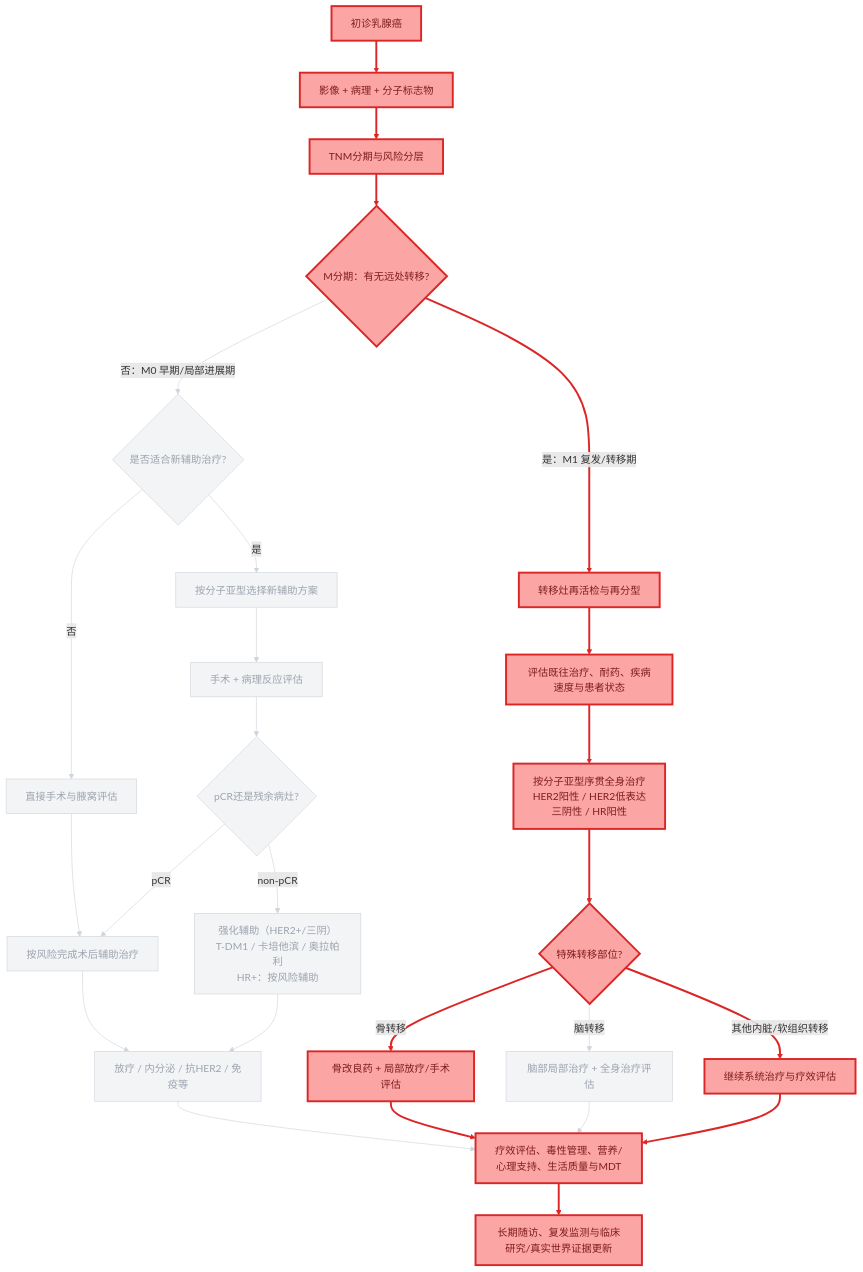
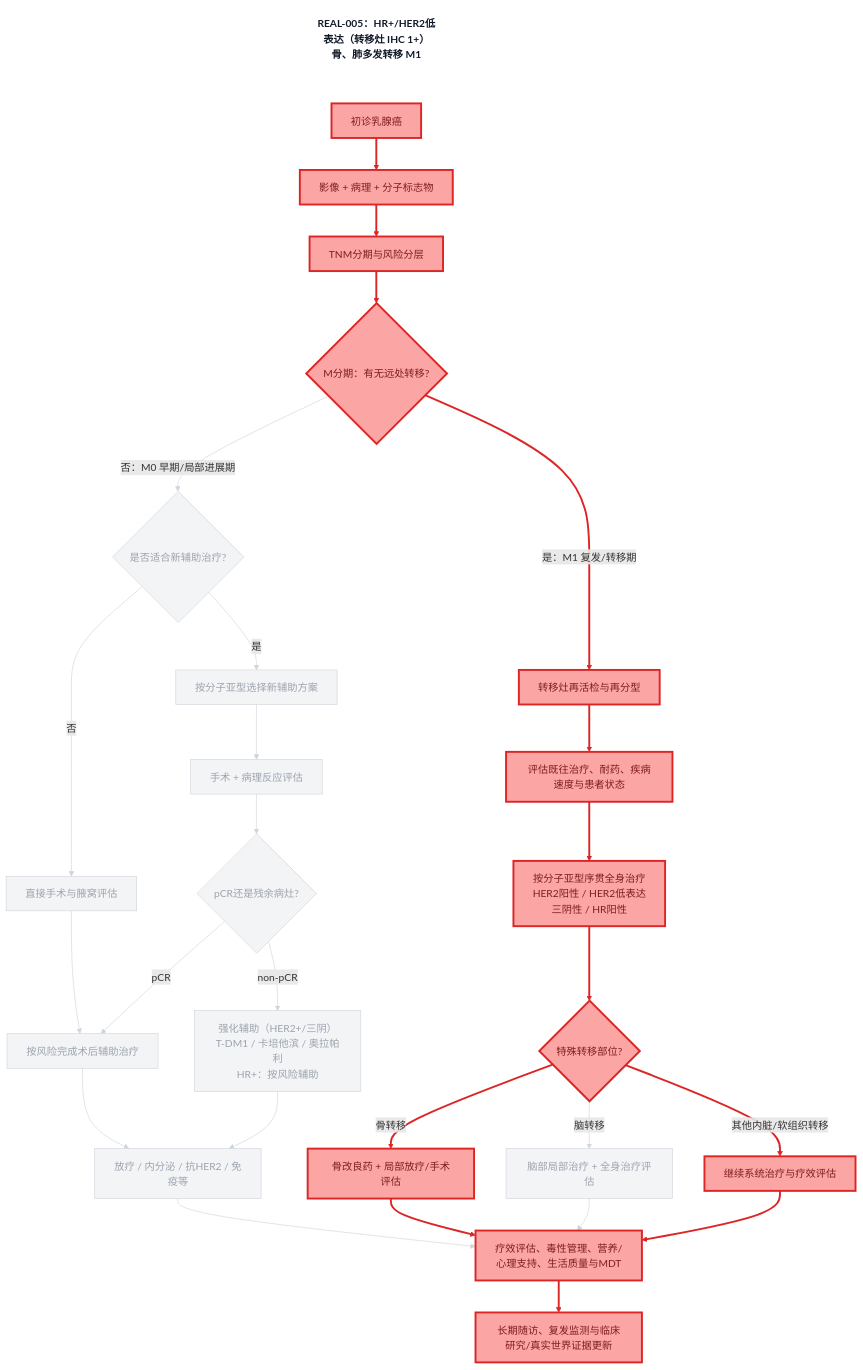
Before and after one commit to dongjb741280/breast-cancer: the diagram in diagrams/decision-chain-REAL-005.mmd, drawn with Mermaid. The commit also changed 21 other files, not shown here.

First line of the commit message:
Add decision-chain skill and regenerate annotated REAL diagrams

```diff
--- a/diagrams/decision-chain-REAL-005.mmd
+++ b/diagrams/decision-chain-REAL-005.mmd
@@ -1,96 +1,99 @@
-%% 乳腺癌诊疗决策链（高亮病例实际路径）
 graph TD
+    TITLE["REAL-005：HR+/HER2低表达（转移灶 IHC 1+）<br/>骨、肺多发转移 M1"]
     A[初诊乳腺癌]
     B[影像 + 病理 + 分子标志物]
     C[TNM分期与风险分层]
     D{M分期：有无远处转移?}
     E{是否适合新辅助治疗?}
     F[按分子亚型选择新辅助方案]
     G[直接手术与腋窝评估]
     H[手术 + 病理反应评估]
     I{pCR还是残余病灶?}
     J[按风险完成术后辅助治疗]
     K[强化辅助（HER2+/三阴）<br/>T-DM1 / 卡培他滨 / 奥拉帕利<br/>HR+：按风险辅助]
     L[放疗 / 内分泌 / 抗HER2 / 免疫等]
     M[转移灶再活检与再分型]
     N[评估既往治疗、耐药、疾病速度与患者状态]
     O[按分子亚型序贯全身治疗<br/>HER2阳性 / HER2低表达<br/>三阴性 / HR阳性]
     P{特殊转移部位?}
     Q[骨改良药 + 局部放疗/手术评估]
     R[脑部局部治疗 + 全身治疗评估]
     S[继续系统治疗与疗效评估]
     T[疗效评估、毒性管理、营养/心理支持、生活质量与MDT]
     U[长期随访、复发监测与临床研究/真实世界证据更新]
     A --> B
     B --> C
     C --> D
     D -->|否：M0 早期/局部进展期| E
     E -->|是| F
     E -->|否| G
     F --> H
     G --> J
     H --> I
     I -->|pCR| J
     I -->|non-pCR| K
     J --> L
     K --> L
     D -->|是：M1 复发/转移期| M
     M --> N
     N --> O
     O --> P
     P -->|骨转移| Q
     P -->|脑转移| R
     P -->|其他内脏/软组织转移| S
     L --> T
     Q --> T
     R --> T
     S --> T
     T --> U
+    TITLE ~~~ A
     classDef path fill:#fca5a5,stroke:#dc2626,color:#7f1d1d,stroke-width:3px;
     classDef dim fill:#f3f4f6,stroke:#d1d5db,color:#9ca3af,stroke-width:1px;
+    classDef caption fill:#fff,stroke:none,color:#111827,font-weight:bold;
+    class TITLE caption;
     class A path;
     class B path;
     class C path;
     class D path;
     class E dim;
     class F dim;
     class G dim;
     class H dim;
     class I dim;
     class J dim;
     class K dim;
     class L dim;
     class M path;
     class N path;
     class O path;
     class P path;
     class Q path;
     class R dim;
     class S path;
     class T path;
     class U path;
     linkStyle 0 stroke:#dc2626,stroke-width:3px;
     linkStyle 1 stroke:#dc2626,stroke-width:3px;
     linkStyle 2 stroke:#dc2626,stroke-width:3px;
     linkStyle 3 stroke:#d1d5db,stroke-width:1px;
     linkStyle 4 stroke:#d1d5db,stroke-width:1px;
     linkStyle 5 stroke:#d1d5db,stroke-width:1px;
     linkStyle 6 stroke:#d1d5db,stroke-width:1px;
     linkStyle 7 stroke:#d1d5db,stroke-width:1px;
     linkStyle 8 stroke:#d1d5db,stroke-width:1px;
     linkStyle 9 stroke:#d1d5db,stroke-width:1px;
     linkStyle 10 stroke:#d1d5db,stroke-width:1px;
     linkStyle 11 stroke:#d1d5db,stroke-width:1px;
     linkStyle 12 stroke:#d1d5db,stroke-width:1px;
     linkStyle 13 stroke:#dc2626,stroke-width:3px;
     linkStyle 14 stroke:#dc2626,stroke-width:3px;
     linkStyle 15 stroke:#dc2626,stroke-width:3px;
     linkStyle 16 stroke:#dc2626,stroke-width:3px;
     linkStyle 17 stroke:#dc2626,stroke-width:3px;
     linkStyle 18 stroke:#d1d5db,stroke-width:1px;
     linkStyle 19 stroke:#dc2626,stroke-width:3px;
     linkStyle 20 stroke:#d1d5db,stroke-width:1px;
     linkStyle 21 stroke:#dc2626,stroke-width:3px;
     linkStyle 22 stroke:#d1d5db,stroke-width:1px;
     linkStyle 23 stroke:#dc2626,stroke-width:3px;
     linkStyle 24 stroke:#dc2626,stroke-width:3px;
```
